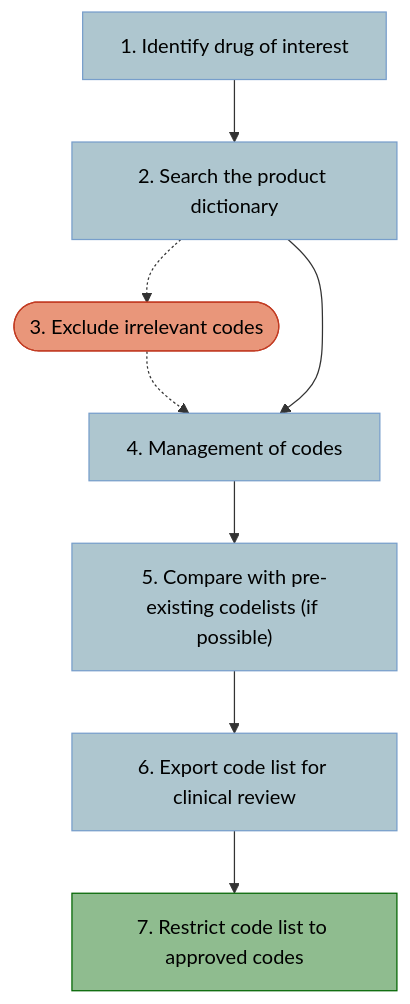
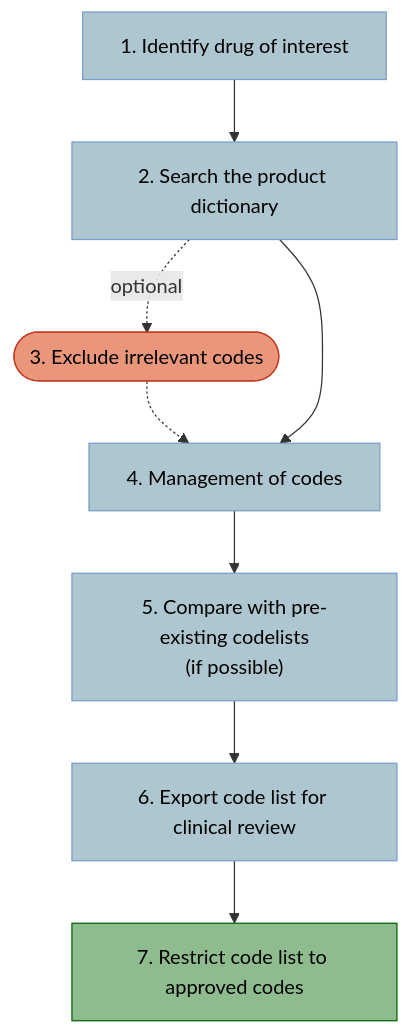
One commit to NHLI-Respiratory-Epi/drug-codelist-creation changed the diagram in README.md. Above: the diagram before and after it, drawn with Mermaid.

Commit message:
Update README.md
Added optional tag

````diff
--- a/README.md
+++ b/README.md
@@ -6,20 +6,21 @@
 ```mermaid
 flowchart TD
     A[1. Identify drug of interest] --> B[2. Search the product dictionary]
-    B -.-> C([3. Exclude irrelevant codes])
+    B -. optional .-> C([3. Exclude irrelevant codes])
     C -.-> D
     B --> D[4. Management of codes]
-    D --> E["5. Compare with pre-existing codelists (if possible)"]
+    D --> E["5. Compare with pre-existing codelists
+(if possible)"]
     E --> F[6. Export code list for clinical review]
     F --> G[7. Restrict code list to approved codes]
     A:::step
     B:::step
     C:::optional
     D:::step
     E:::step
     F:::step
     G:::final
     classDef step color:black, fill:#aec6cf, stroke:#779ecb
     classDef optional color:black, fill:#e9967a, stroke:#c23b22
     classDef final color:black, fill:#8fbc8f, stroke:#006400
 ```
````
